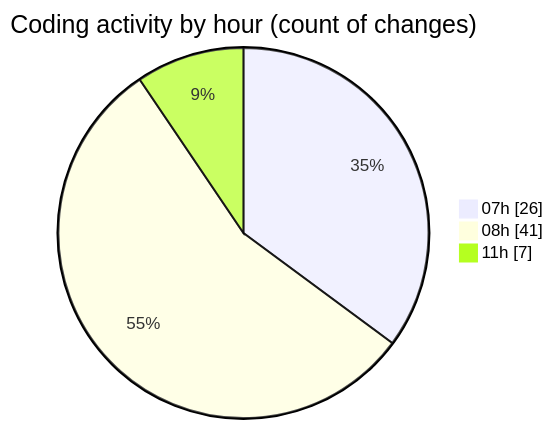
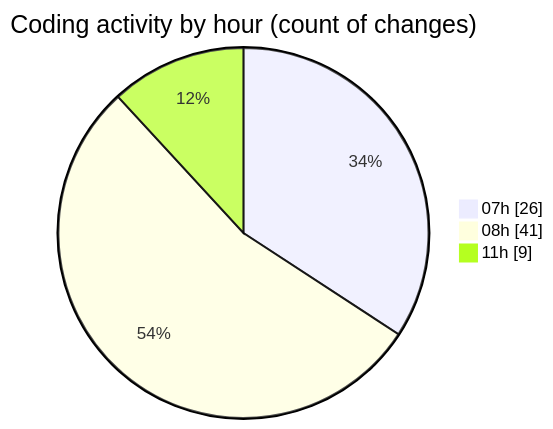
The second of 2 diagrams in 2025-10-04/shop/README.md (vahidmafi/code-tracking), drawn with Mermaid before and after one commit. The commit also changed other lines of this file and 1 other file, not shown here.

````diff
--- a/2025-10-04/shop/README.md
+++ b/2025-10-04/shop/README.md
@@ -50,7 +50,7 @@
 ```mermaid
 pie showData
 title Coding activity by hour (count of changes)
 "07h" : 26
 "08h" : 41
-"11h" : 7
+"11h" : 9
 ```
````
